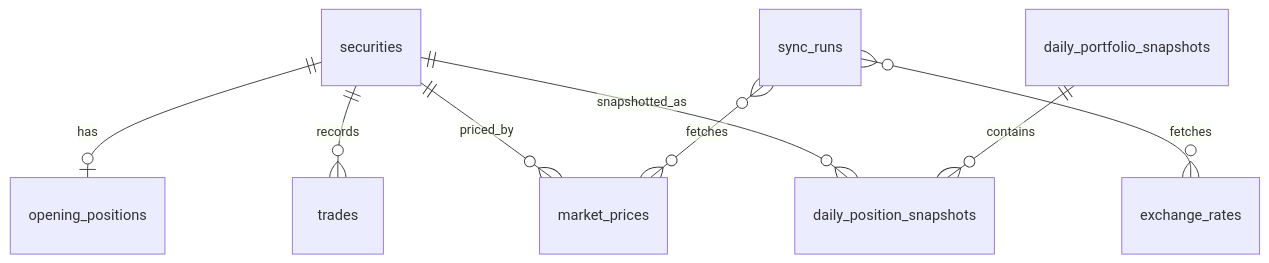
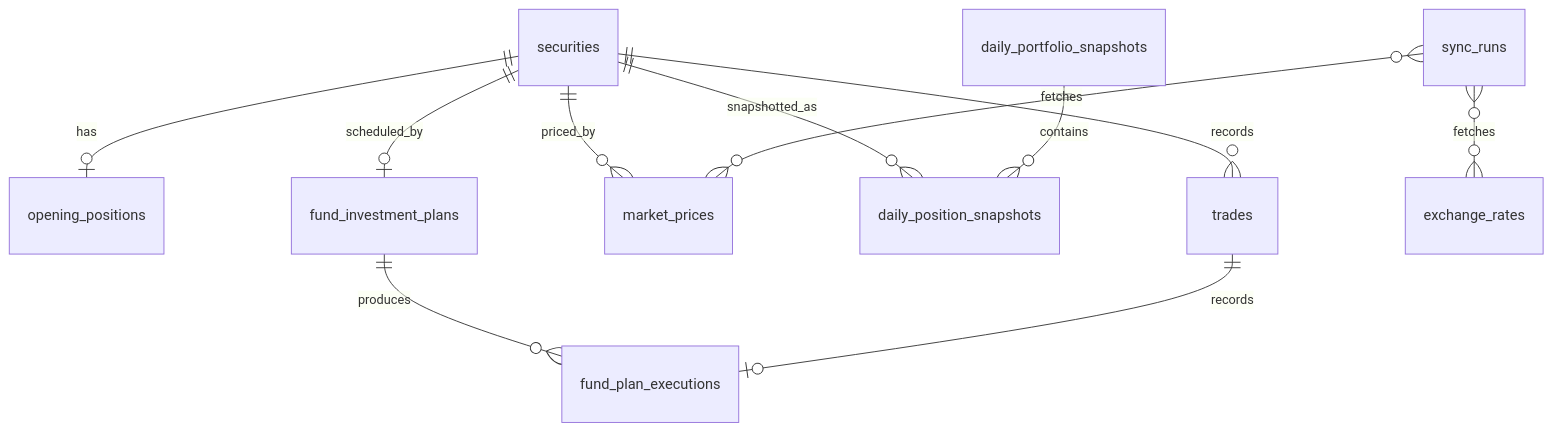
One commit to flbsunseeker-art/First_project_01 changed the diagram in docs/ARCHITECTURE.md. Above: the diagram before and after it, drawn with Mermaid. The commit also changed other lines of this file and 56 other files, not shown here.

````diff
--- a/docs/ARCHITECTURE.md
+++ b/docs/ARCHITECTURE.md
@@ -213,10 +235,13 @@
 ```mermaid
 erDiagram
     securities ||--o| opening_positions : has
     securities ||--o{ trades : records
     securities ||--o{ market_prices : priced_by
     securities ||--o{ daily_position_snapshots : snapshotted_as
+    securities ||--o| fund_investment_plans : scheduled_by
+    fund_investment_plans ||--o{ fund_plan_executions : produces
+    trades ||--o| fund_plan_executions : records
     daily_portfolio_snapshots ||--o{ daily_position_snapshots : contains
     sync_runs }o--o{ market_prices : fetches
     sync_runs }o--o{ exchange_rates : fetches
 ```
````
